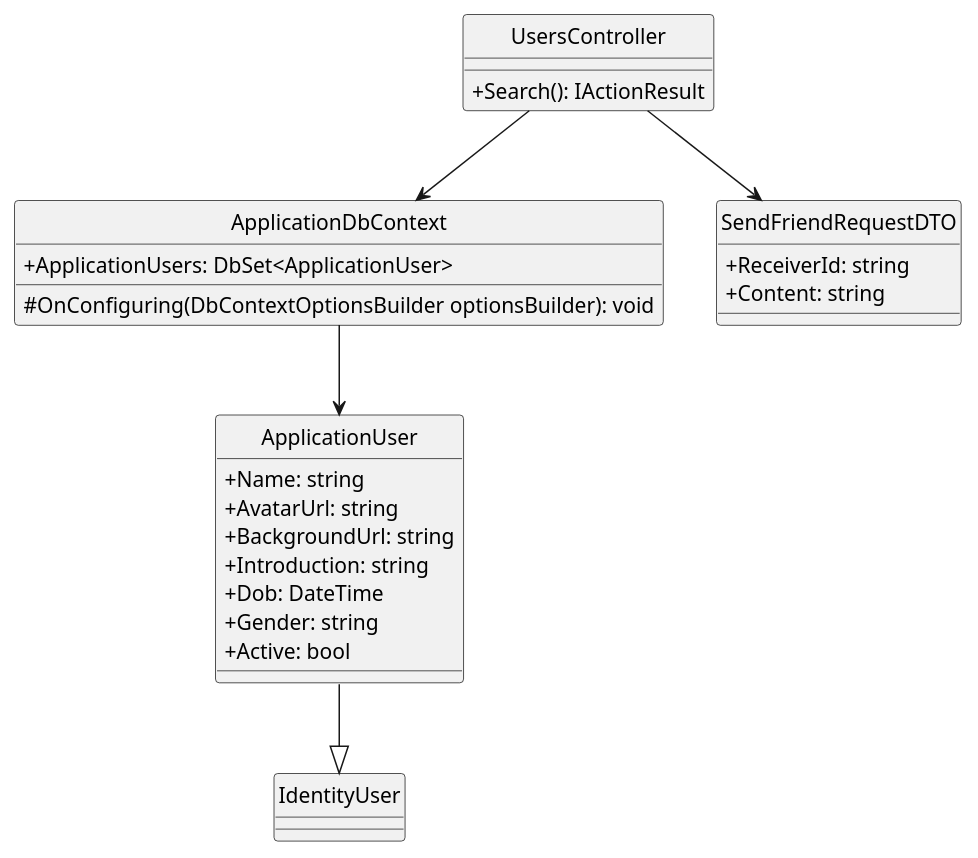
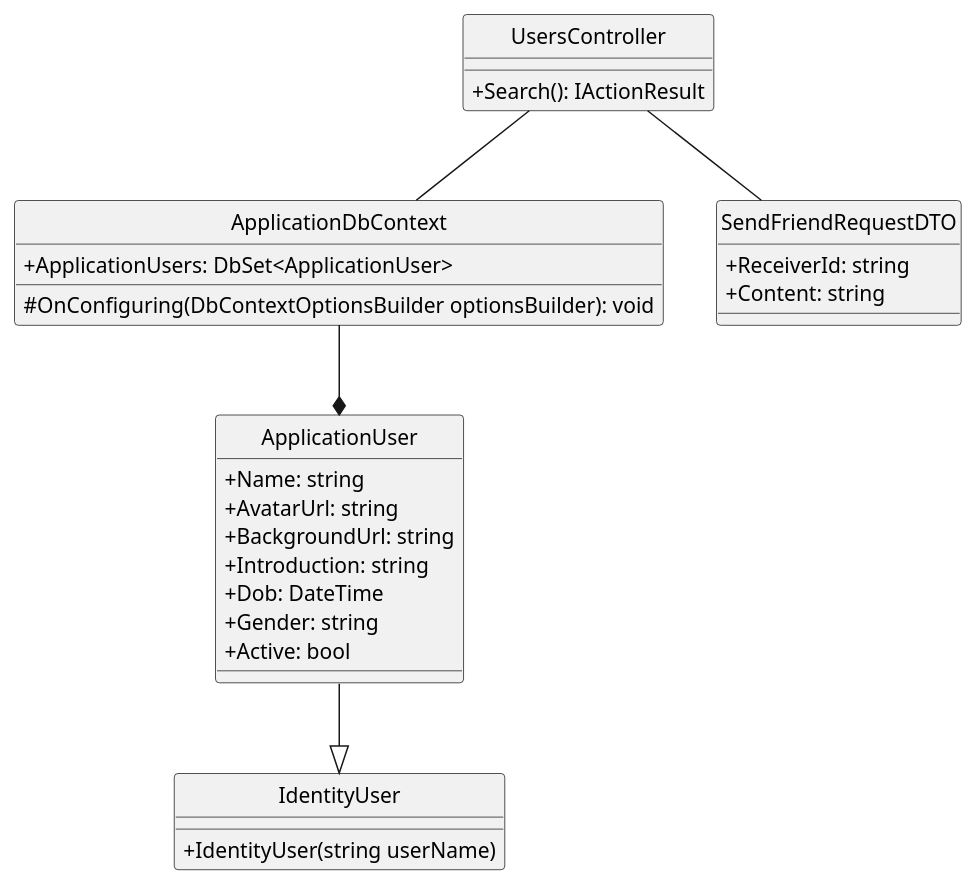
The diagram in docs/Class Diagram/Identity/SearchUser/ClassDiagram.plantuml (Carl-Johnsons/Chat-Application), drawn with PlantUML before and after one commit. The commit also changed 4 other files, not shown here.

Commit message:
update identity diagram

```diff
--- a/docs/Class Diagram/Identity/SearchUser/ClassDiagram.plantuml
+++ b/docs/Class Diagram/Identity/SearchUser/ClassDiagram.plantuml
@@ -1,35 +1,37 @@
 @startuml searchUser
 hide circle
 skinparam classAttributeIconSize 0
 class UsersController {
     +Search(): IActionResult
 }
 
 class ApplicationDbContext {
     +ApplicationUsers: DbSet<ApplicationUser>
     #OnConfiguring(DbContextOptionsBuilder optionsBuilder): void
 }
 
 
 class SendFriendRequestDTO {
     +ReceiverId: string
     +Content: string
 }
 
 class ApplicationUser {
     +Name: string
     +AvatarUrl: string
     +BackgroundUrl: string
     +Introduction: string
     +Dob: DateTime
     +Gender: string
     +Active: bool
 }
 
-class IdentityUser
+class IdentityUser {
+    + IdentityUser(string userName) 
+}
 
-UsersController --> ApplicationDbContext
-UsersController --> SendFriendRequestDTO
-ApplicationDbContext --> ApplicationUser
+UsersController -- ApplicationDbContext
+UsersController -- SendFriendRequestDTO
+ApplicationDbContext --* ApplicationUser
 ApplicationUser --|> IdentityUser
 @enduml
```
